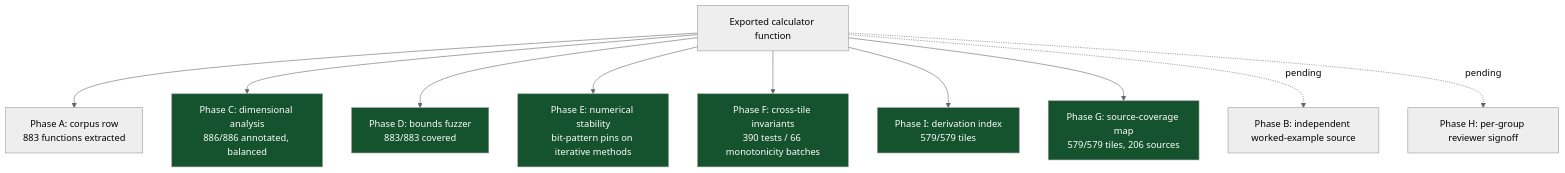
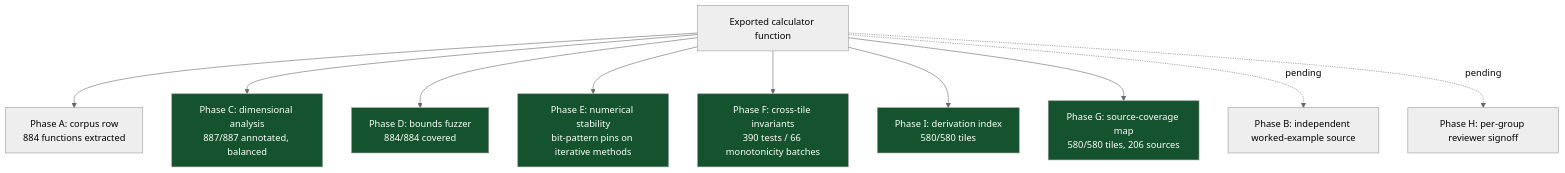
The fourth of 6 diagrams in README.md (clay-good/roughlogic.com), drawn with Mermaid (neutral theme) before and after one commit. The commit also changed other lines of this file and 15 other files, not shown here.

````diff
--- a/README.md
+++ b/README.md
@@ -300,18 +302,18 @@
 ```mermaid
 flowchart TB
-    F[Exported calculator function] --> A[Phase A: corpus row\n883 functions extracted]
-    F --> C[Phase C: dimensional analysis\n886/886 annotated, balanced]
-    F --> D[Phase D: bounds fuzzer\n883/883 covered]
+    F[Exported calculator function] --> A[Phase A: corpus row\n884 functions extracted]
+    F --> C[Phase C: dimensional analysis\n887/887 annotated, balanced]
+    F --> D[Phase D: bounds fuzzer\n884/884 covered]
     F --> E[Phase E: numerical stability\nbit-pattern pins on iterative methods]
     F --> Fa[Phase F: cross-tile invariants\n390 tests / 66 monotonicity batches]
-    F --> I[Phase I: derivation index\n579/579 tiles]
-    F --> G[Phase G: source-coverage map\n579/579 tiles, 206 sources]
+    F --> I[Phase I: derivation index\n580/580 tiles]
+    F --> G[Phase G: source-coverage map\n580/580 tiles, 206 sources]
     F -.pending.-> B[Phase B: independent worked-example source]
     F -.pending.-> H[Phase H: per-group reviewer signoff]
     style C fill:#14532d,color:#fff
     style D fill:#14532d,color:#fff
     style E fill:#14532d,color:#fff
     style Fa fill:#14532d,color:#fff
     style G fill:#14532d,color:#fff
     style I fill:#14532d,color:#fff
 ```
````
